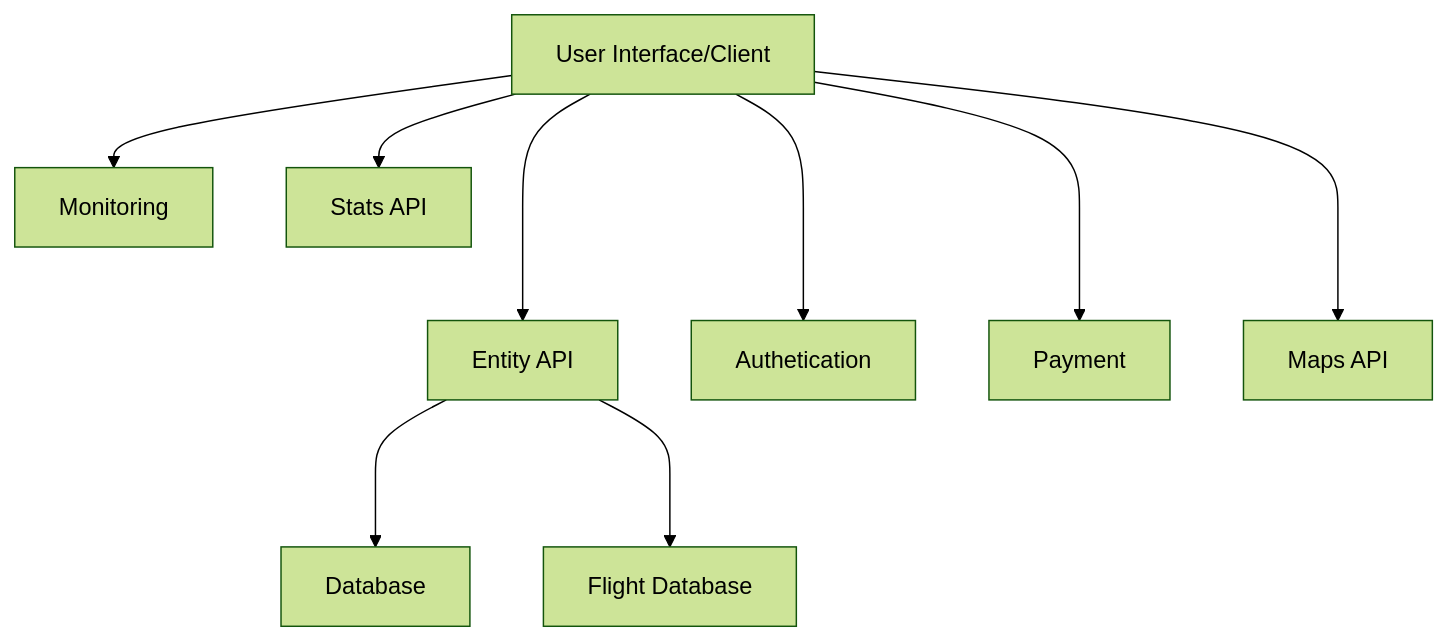
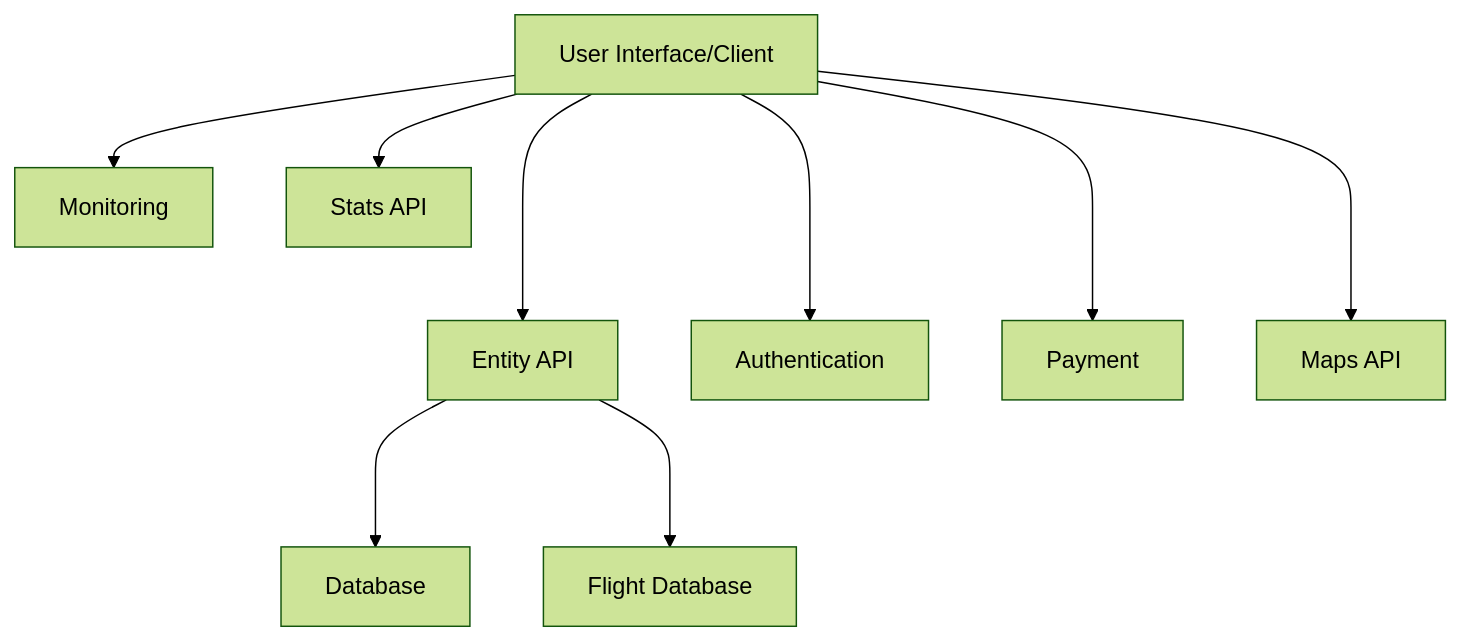
One commit to VladislavTsygankov/FlyRadar changed the first of 2 diagrams in README.md. Above: the diagram before and after it, drawn with Mermaid (forest theme).

Commit message:
fix: schema grammatics

````diff
--- a/README.md
+++ b/README.md
@@ -105,18 +105,18 @@
 ```mermaid
 flowchart TB
 ui[User Interface/Client]
 api[Entity API]
 db[Database]
-auth[Authetication]
+auth[Authentication]
 payment[Payment]
 dbf[Flight Database]
 monit[Monitoring]
 stats[Stats API]
 maps[Maps API]
     ui ---> api
     ui ---> auth
     api ---> db & dbf
     ui ---> maps
     ui ---> payment
     ui --> monit & stats
 ```
````
